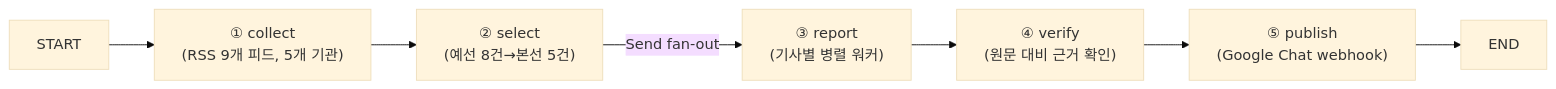
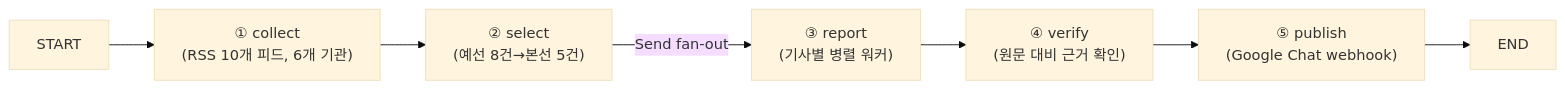
Before and after one commit to elfinnani-byte/my-newsletter: the diagram in REPORT.md, drawn with Mermaid (base theme). The commit also changed other lines of this file and 2 other files, not shown here.

````diff
--- a/REPORT.md
+++ b/REPORT.md
@@ -50,9 +51,9 @@
 ```mermaid
 graph LR
-  START --> collect["① collect\n(RSS 9개 피드, 5개 기관)"]
+  START --> collect["① collect\n(RSS 10개 피드, 6개 기관)"]
   collect --> select["② select\n(예선 8건→본선 5건)"]
   select -->|Send fan-out| report["③ report\n(기사별 병렬 워커)"]
   report --> verify["④ verify\n(원문 대비 근거 확인)"]
   verify --> publish["⑤ publish\n(Google Chat webhook)"]
   publish --> END
 ```
````
